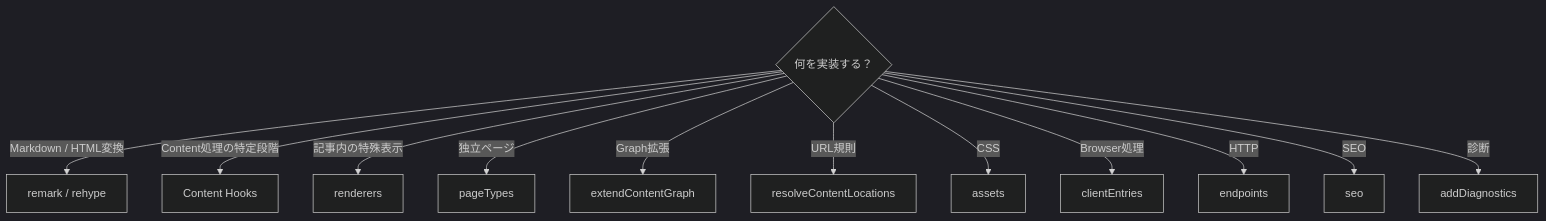
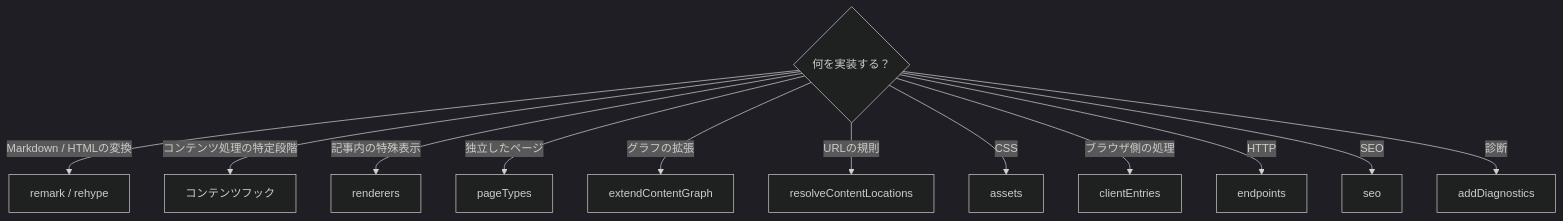
Before and after one commit to Rerurate514/riebeckite: the second of 3 diagrams in docs/docs/framework/plugin-system.ja.md, drawn with Mermaid (dark theme). The commit also changed other lines of this file and 310 other files, not shown here.

````diff
--- a/docs/docs/framework/plugin-system.ja.md
+++ b/docs/docs/framework/plugin-system.ja.md
@@ -170,16 +150,16 @@
 ```mermaid id="z0g35w"
 flowchart TD
     Q{"何を実装する？"}
 
-    Q -->|"Markdown / HTML変換"| Pipeline["remark / rehype"]
-    Q -->|"Content処理の特定段階"| Hook["Content Hooks"]
+    Q -->|"Markdown / HTMLの変換"| Pipeline["remark / rehype"]
+    Q -->|"コンテンツ処理の特定段階"| Hook["コンテンツフック"]
     Q -->|"記事内の特殊表示"| Renderer["renderers"]
-    Q -->|"独立ページ"| Page["pageTypes"]
-    Q -->|"Graph拡張"| Graph["extendContentGraph"]
-    Q -->|"URL規則"| Location["resolveContentLocations"]
+    Q -->|"独立したページ"| Page["pageTypes"]
+    Q -->|"グラフの拡張"| Graph["extendContentGraph"]
+    Q -->|"URLの規則"| Location["resolveContentLocations"]
     Q -->|"CSS"| Asset["assets"]
-    Q -->|"Browser処理"| Client["clientEntries"]
+    Q -->|"ブラウザ側の処理"| Client["clientEntries"]
     Q -->|"HTTP"| Endpoint["endpoints"]
     Q -->|"SEO"| SEO["seo"]
     Q -->|"診断"| Diagnostics["addDiagnostics"]
 ```
````
